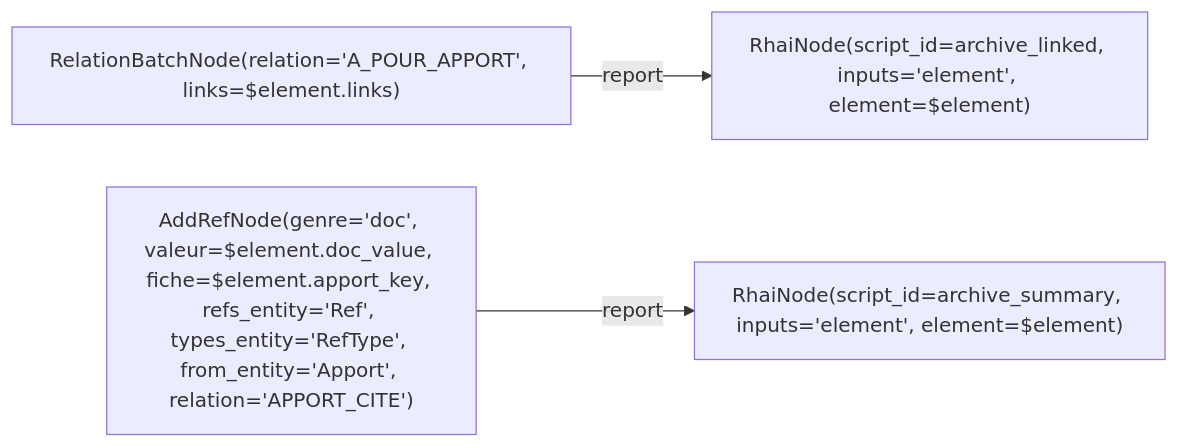
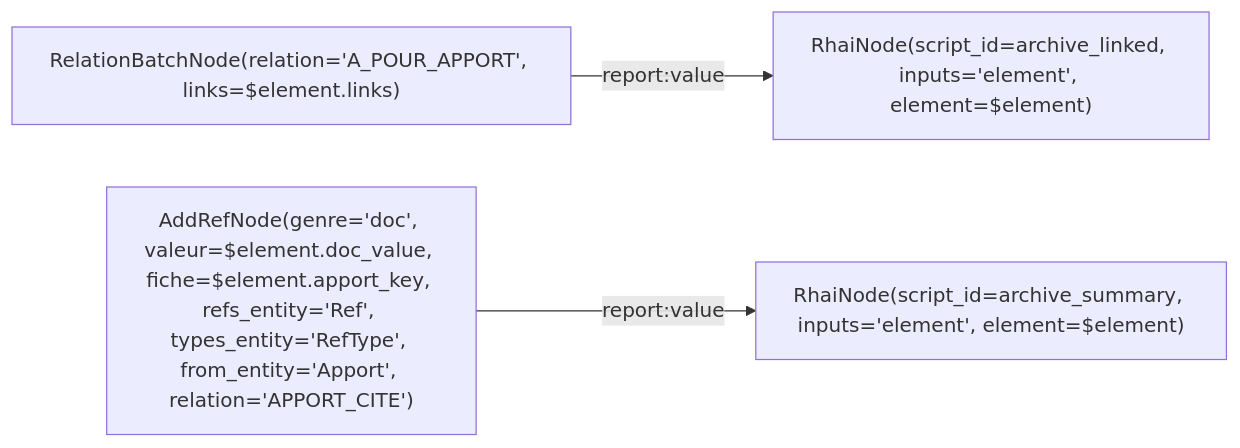
One commit to L-Defraiteur/rag3db changed the diagram in extension/rag3weaver/templates/backends/memory/graphs/archive_link.mmd. Above: the diagram before and after it, drawn with Mermaid. The commit also changed 4 other files, not shown here.

Commit message:
fix(mémoire): les arêtes des graphes de l'archive nomment leurs ports d'entrée (element, elements, value, record, text) ; la fiche proposée et son apport s'écrivent sans arête entre eux

```diff
--- a/extension/rag3weaver/templates/backends/memory/graphs/archive_link.mmd
+++ b/extension/rag3weaver/templates/backends/memory/graphs/archive_link.mmd
@@ -1,12 +1,12 @@
 %% tool: archive_link
 %% description: L'apport d'une section rangé sur sa fiche (A_POUR_APPORT) et sa provenance posée (la Ref doc:<chemin>#<titre>, APPORT_CITE). Rend {title, kind, fiche, source, section, verdict} ; une provenance non posée fait échouer l'appel.
 %% param: element json! -- L'élément décidé, après l'écriture de son apport.
 %% result: out.result
 
 graph LR
     link["RelationBatchNode(relation='A_POUR_APPORT', links=$element.links)"]
     check["RhaiNode(script_id=archive_linked, inputs='element', element=$element)"]
     cite["AddRefNode(genre='doc', valeur=$element.doc_value, fiche=$element.apport_key, refs_entity='Ref', types_entity='RefType', from_entity='Apport', relation='APPORT_CITE')"]
     out["RhaiNode(script_id=archive_summary, inputs='element', element=$element)"]
-    link -->|report| check
-    cite -->|report| out
+    link -->|report:value| check
+    cite -->|report:value| out
```
